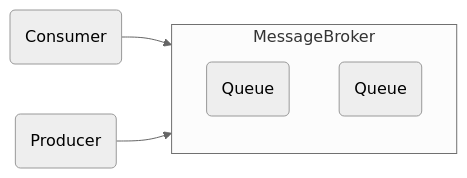
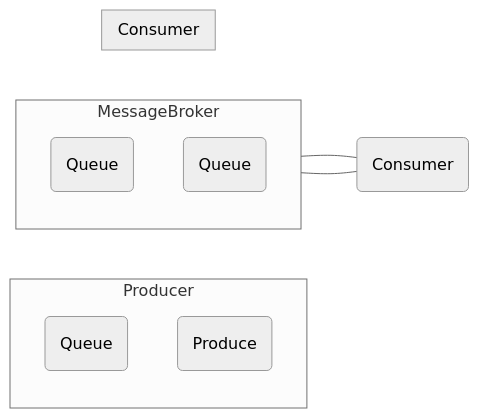
One commit to danzay42/Wiki changed the diagram in CS/Message Broker.md. Above: the diagram before and after it, drawn with Mermaid (neutral theme).

Commit message:
vault backup: 2023-09-12 22:20:38
Affected files:
CS/Message Broker.md

````diff
--- a/CS/Message Broker.md
+++ b/CS/Message Broker.md
@@ -8,12 +8,24 @@
 ```mermaid
 flowchart LR
 
-p(Producer) --> MessageBroker 
+subgraph Producer
+	direction TB
+	p1(Queue)
+	p2(Produce)
+end
+
 subgraph MessageBroker
 	direction TB
 	q1(Queue)
 	q2(Queue)
 end
-c(Consumer) --> q1
+
+subgraph Consumer
+	direction TB
+	q1(Queue)
+	q2(Queue)
+end
+
+q1 & q2 --- c(Consumer)
 
 ```
````
